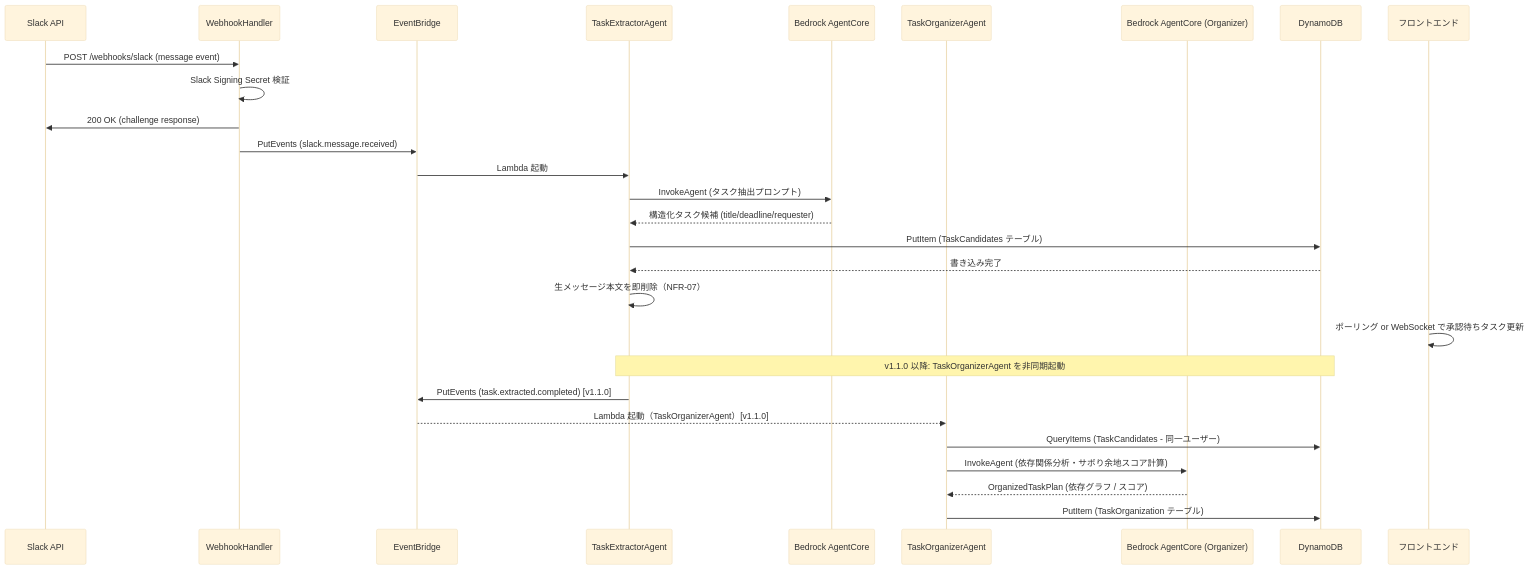
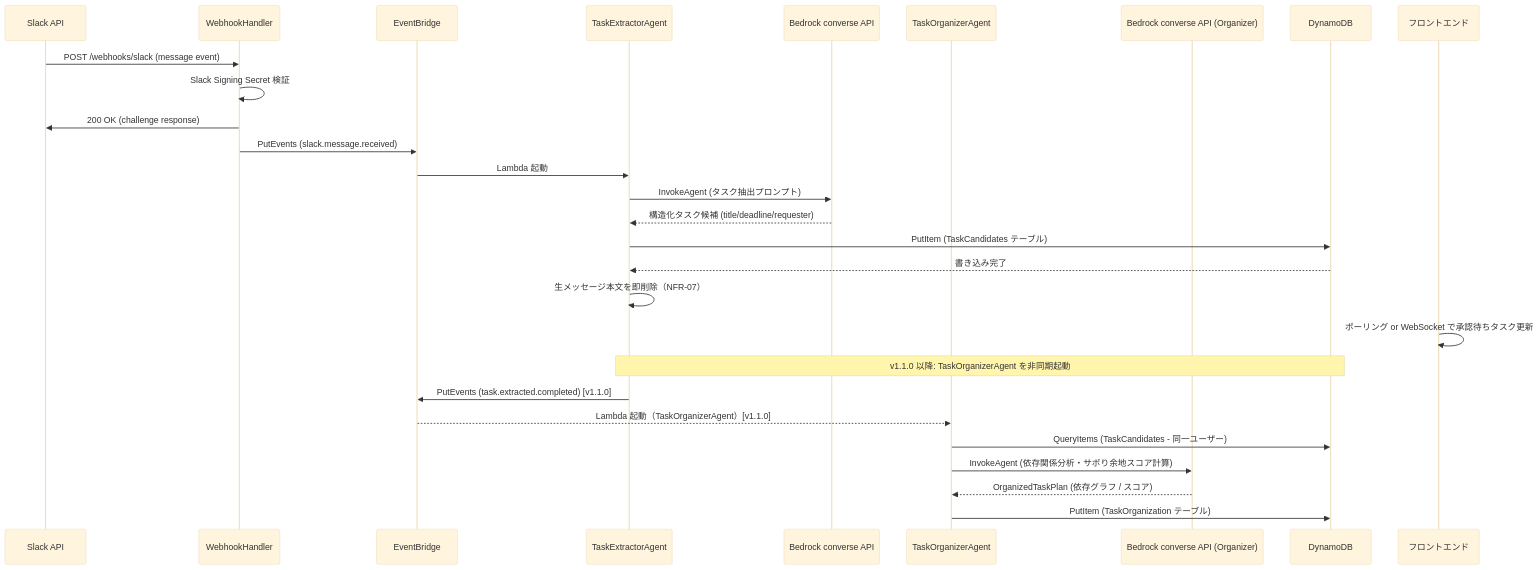
One commit to mashharuki/AWS-SummitHackathon-2026 changed the first of 7 diagrams in aidlc-docs/inception/application-design/sequence-diagrams.md. Above: the diagram before and after it, drawn with Mermaid (base theme). The commit also changed other lines of this file and 24 other files, not shown here.

````diff
--- a/aidlc-docs/inception/application-design/sequence-diagrams.md
+++ b/aidlc-docs/inception/application-design/sequence-diagrams.md
@@ -20,31 +20,31 @@
 ```mermaid
 sequenceDiagram
     participant Slack as Slack API
     participant WH as WebhookHandler
     participant EB as EventBridge
     participant TA as TaskExtractorAgent
-    participant BR as Bedrock AgentCore
+    participant BR as Bedrock converse API
     participant TO as TaskOrganizerAgent
-    participant BR2 as Bedrock AgentCore (Organizer)
+    participant BR2 as Bedrock converse API (Organizer)
     participant DB as DynamoDB
     participant UI as フロントエンド
 
     Slack->>WH: POST /webhooks/slack (message event)
     WH->>WH: Slack Signing Secret 検証
     WH->>Slack: 200 OK (challenge response)
     WH->>EB: PutEvents (slack.message.received)
     EB->>TA: Lambda 起動
     TA->>BR: InvokeAgent (タスク抽出プロンプト)
     BR-->>TA: 構造化タスク候補 (title/deadline/requester)
     TA->>DB: PutItem (TaskCandidates テーブル)
     DB-->>TA: 書き込み完了
     TA->>TA: 生メッセージ本文を即削除（NFR-07）
     UI->>UI: ポーリング or WebSocket で承認待ちタスク更新
     Note over TA,DB: v1.1.0 以降: TaskOrganizerAgent を非同期起動
     TA->>EB: PutEvents (task.extracted.completed) [v1.1.0]
     EB-->>TO: Lambda 起動（TaskOrganizerAgent）[v1.1.0]
     TO->>DB: QueryItems (TaskCandidates - 同一ユーザー)
     TO->>BR2: InvokeAgent (依存関係分析・サボり余地スコア計算)
     BR2-->>TO: OrganizedTaskPlan (依存グラフ / スコア)
     TO->>DB: PutItem (TaskOrganization テーブル)
 ```
````
